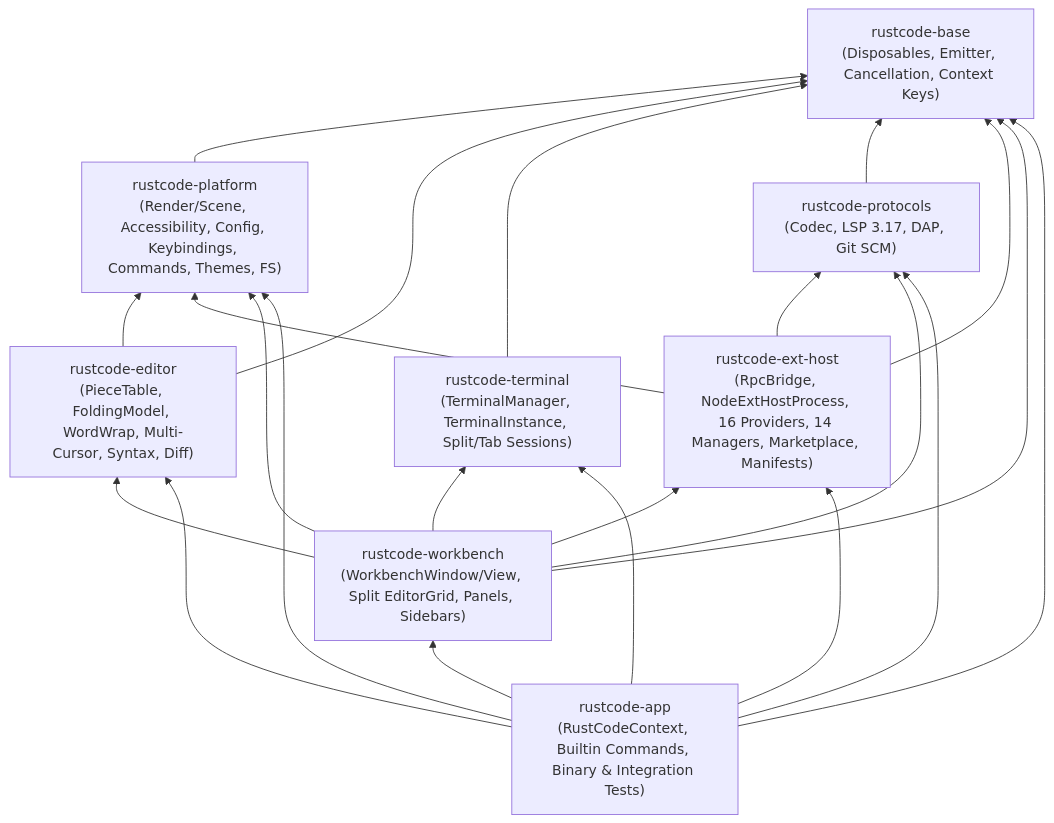
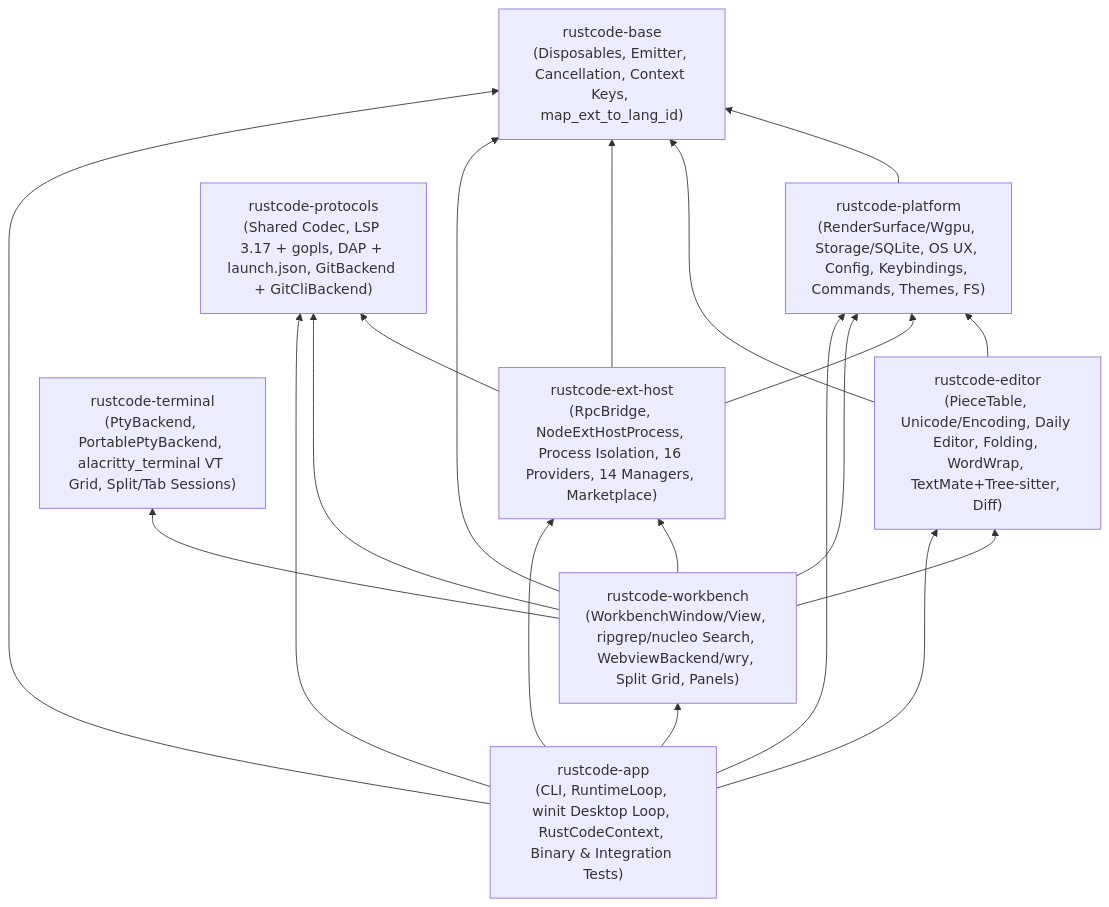
The diagram in docs/architecture.md (revelino01/vscode-in-rust), drawn with Mermaid before and after one commit. The commit also changed other lines of this file and 111 other files, not shown here.

````diff
--- a/docs/architecture.md
+++ b/docs/architecture.md
@@ -16,33 +17,30 @@
 ```mermaid
 flowchart BT
-    base["rustcode-base\n(Disposables, Emitter, Cancellation, Context Keys)"]
-    platform["rustcode-platform\n(Render/Scene, Accessibility, Config, Keybindings, Commands, Themes, FS)"]
-    editor["rustcode-editor\n(PieceTable, FoldingModel, WordWrap, Multi-Cursor, Syntax, Diff)"]
-    terminal["rustcode-terminal\n(TerminalManager, TerminalInstance, Split/Tab Sessions)"]
-    protocols["rustcode-protocols\n(Codec, LSP 3.17, DAP, Git SCM)"]
-    exthost["rustcode-ext-host\n(RpcBridge, NodeExtHostProcess, 16 Providers, 14 Managers, Marketplace, Manifests)"]
-    workbench["rustcode-workbench\n(WorkbenchWindow/View, Split EditorGrid, Panels, Sidebars)"]
-    app["rustcode-app\n(RustCodeContext, Builtin Commands, Binary & Integration Tests)"]
+    base["rustcode-base\n(Disposables, Emitter, Cancellation, Context Keys, map_ext_to_lang_id)"]
+    platform["rustcode-platform\n(RenderSurface/Wgpu, Storage/SQLite, OS UX, Config, Keybindings, Commands, Themes, FS)"]
+    editor["rustcode-editor\n(PieceTable, Unicode/Encoding, Daily Editor, Folding, WordWrap, TextMate+Tree-sitter, Diff)"]
+    terminal["rustcode-terminal\n(PtyBackend, PortablePtyBackend, alacritty_terminal VT Grid, Split/Tab Sessions)"]
+    protocols["rustcode-protocols\n(Shared Codec, LSP 3.17 + gopls, DAP + launch.json, GitBackend + GitCliBackend)"]
+    exthost["rustcode-ext-host\n(RpcBridge, NodeExtHostProcess, Process Isolation, 16 Providers, 14 Managers, Marketplace)"]
+    workbench["rustcode-workbench\n(WorkbenchWindow/View, ripgrep/nucleo Search, WebviewBackend/wry, Split Grid, Panels)"]
+    app["rustcode-app\n(CLI, RuntimeLoop, winit Desktop Loop, RustCodeContext, Binary & Integration Tests)"]
 
     platform --> base
     editor --> base
     editor --> platform
-    terminal --> base
-    protocols --> base
     exthost --> base
     exthost --> platform
     exthost --> protocols
     workbench --> base
     workbench --> platform
     workbench --> editor
     workbench --> terminal
     workbench --> protocols
     workbench --> exthost
     app --> base
     app --> platform
     app --> editor
-    app --> terminal
     app --> protocols
     app --> exthost
     app --> workbench
 ```
````
